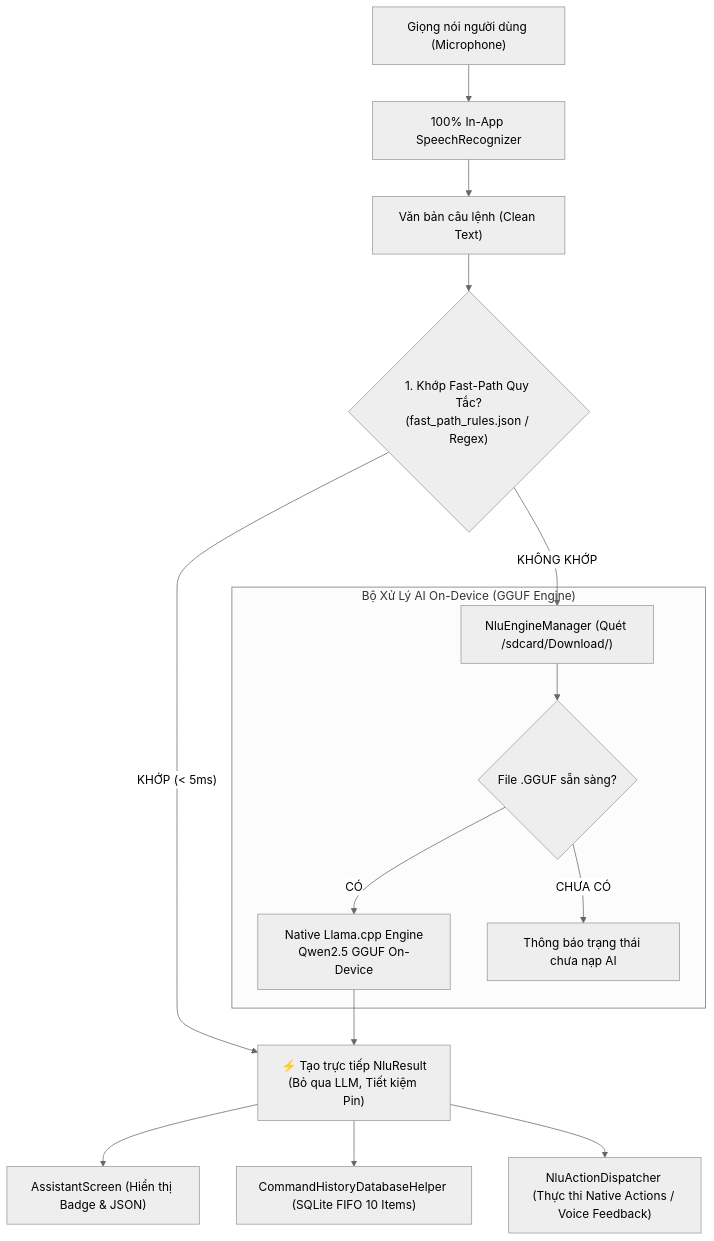
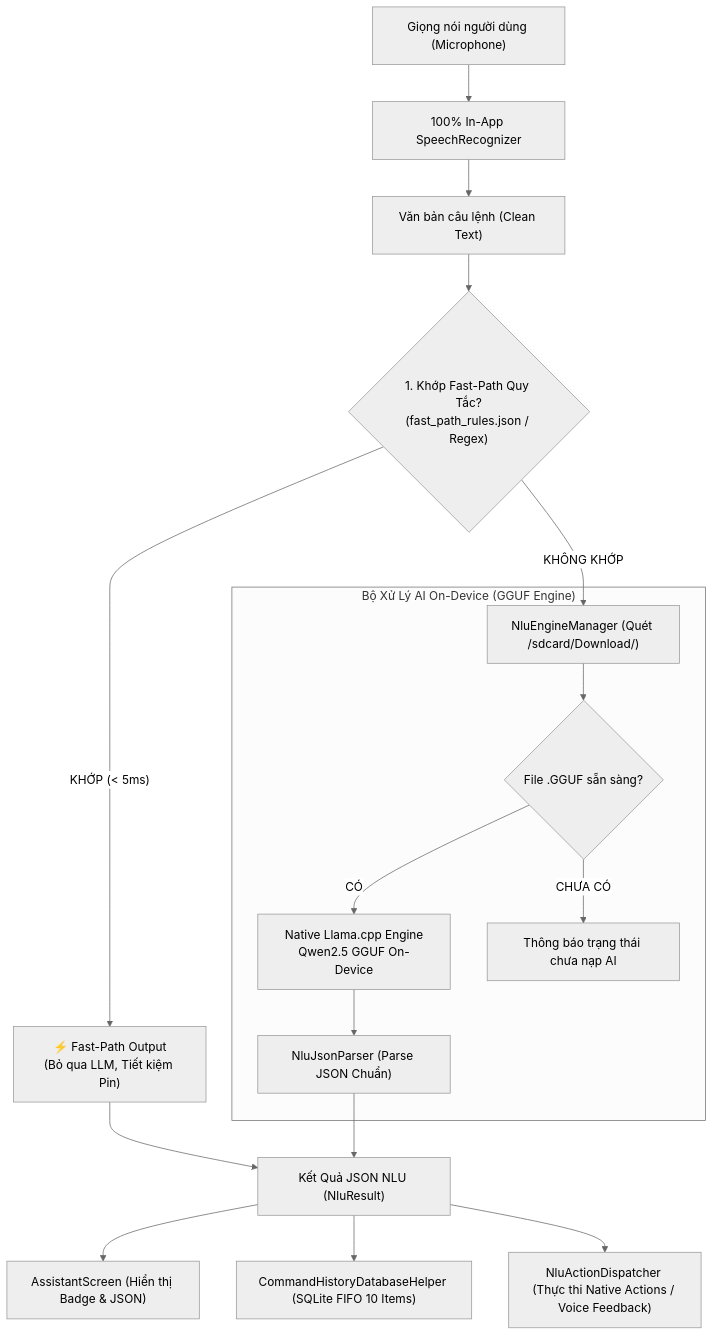
One commit to tuanhdevvn/ViDroidCall-Studio changed the diagram in README.md. Above: the diagram before and after it, drawn with Mermaid (neutral theme).

````diff
--- a/README.md
+++ b/README.md
@@ -75,25 +75,28 @@
 ```mermaid
 flowchart TD
     A["Giọng nói người dùng (Microphone)"] --> B["100% In-App SpeechRecognizer"]
     B --> C["Văn bản câu lệnh (Clean Text)"]
     C --> D{"1. Khớp Fast-Path Quy Tắc?<br/>(fast_path_rules.json / Regex)"}
     
-    %% Nhánh Fast-Path
-    D -- "KHỚP (< 5ms)" --> E["⚡ Tạo trực tiếp NluResult<br/>(Bỏ qua LLM, Tiết kiệm Pin)"]
+    %% Nhánh 1: Fast-Path Match (< 5ms)
+    D -- "KHỚP (< 5ms)" --> E["⚡ Fast-Path Output<br/>(Bỏ qua LLM, Tiết kiệm Pin)"]
     
-    %% Nhánh AI LLM Engine
+    %% Nhánh 2: On-Device AI LLM Inference
     D -- "KHÔNG KHỚP" --> F["NluEngineManager (Quét /sdcard/Download/)"]
     
     subgraph AI_Engine ["Bộ Xử Lý AI On-Device (GGUF Engine)"]
         F --> G{"File .GGUF sẵn sàng?"}
         G -- "CÓ" --> H["Native Llama.cpp Engine<br/>Qwen2.5 GGUF On-Device"]
-        G -- "CHƯA CÓ" --> I["Thông báo trạng thái chưa nạp AI"]
+        H --> I["NluJsonParser (Parse JSON Chuẩn)"]
+        G -- "CHƯA CÓ" --> J["Thông báo trạng thái chưa nạp AI"]
     end
     
-    H --> E
+    %% Hợp nhất kết quả vào NluResult chung
+    E --> K["Kết Quả JSON NLU (NluResult)"]
+    I --> K
     
-    %% Xuất kết quả & Phản hồi
-    E --> J["AssistantScreen (Hiển thị Badge & JSON)"]
-    E --> K["CommandHistoryDatabaseHelper (SQLite FIFO 10 Items)"]
-    E --> L["NluActionDispatcher (Thực thi Native Actions / Voice Feedback)"]
+    %% Phân phối kết quả đến các module
+    K --> L["AssistantScreen (Hiển thị Badge & JSON)"]
+    K --> M["CommandHistoryDatabaseHelper (SQLite FIFO 10 Items)"]
+    K --> N["NluActionDispatcher (Thực thi Native Actions / Voice Feedback)"]
 ```
````
